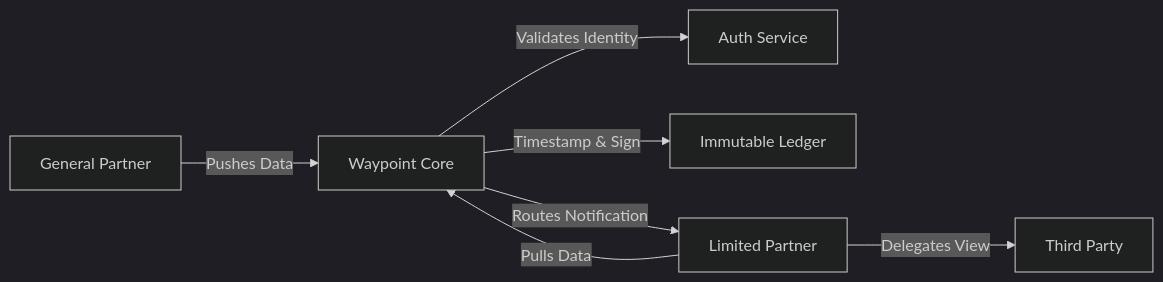
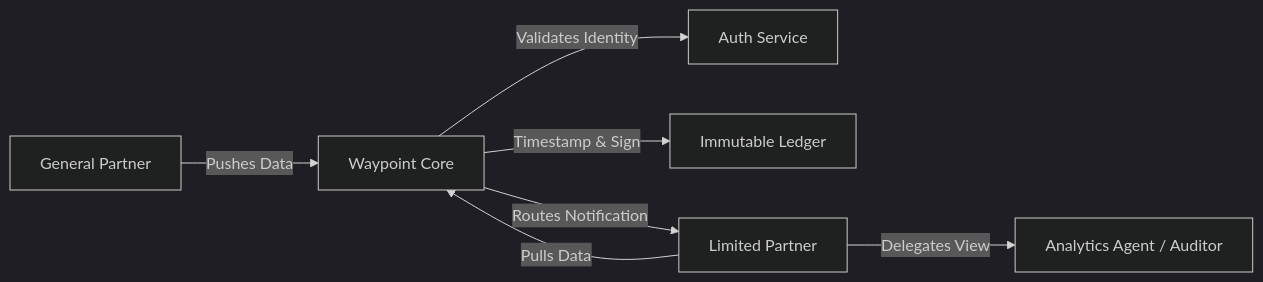
The diagram in docs/1_ARCHITECTURE_OVERVIEW.md (RNCDev/waypoint-coop), drawn with Mermaid (dark theme) before and after one commit. The commit also changed other lines of this file and 2 other files, not shown here.

First line of the commit message:
Update requirements, architecture, and wireframes docs

````diff
--- a/docs/1_ARCHITECTURE_OVERVIEW.md
+++ b/docs/1_ARCHITECTURE_OVERVIEW.md
@@ -6,9 +6,9 @@
 ```mermaid
 graph LR
     GP[General Partner] -- Pushes Data --> WP[Waypoint Core]
     WP -- Validates Identity --> Auth[Auth Service]
     WP -- Timestamp & Sign --> Ledger[Immutable Ledger]
     WP -- Routes Notification --> LP[Limited Partner]
     LP -- Pulls Data --> WP
-    LP -- Delegates View --> Auditor[Third Party]
+    LP -- Delegates View --> Delegate[Analytics Agent / Auditor]
 ```
````
